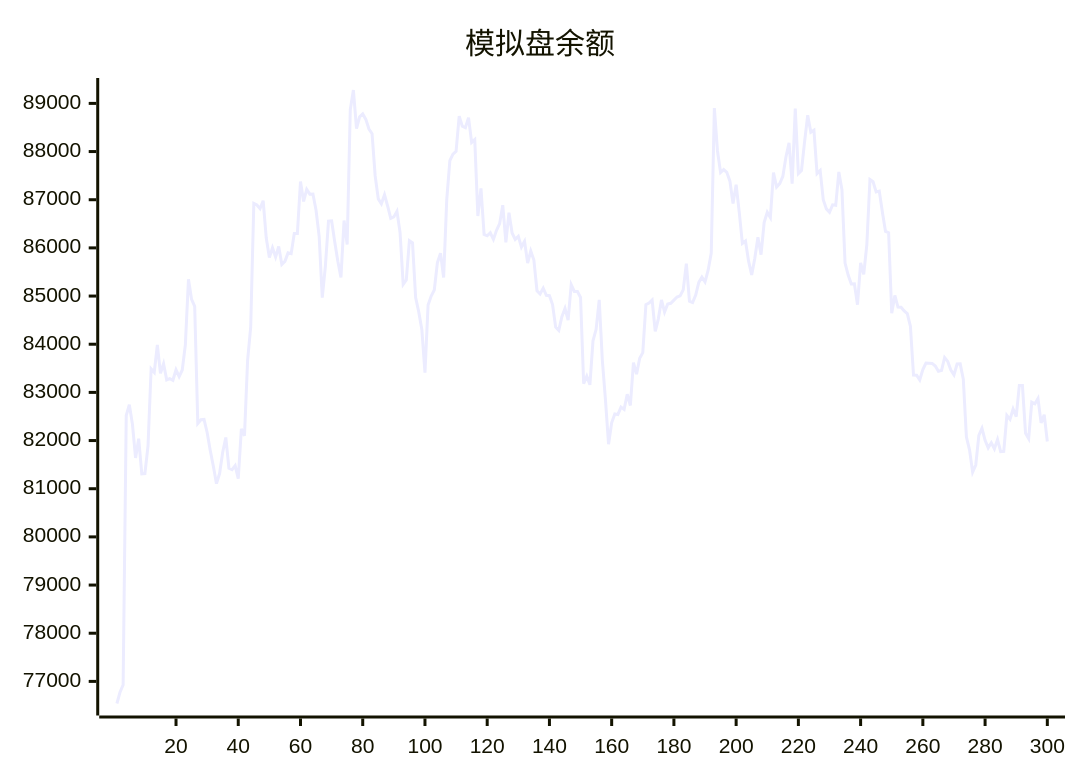
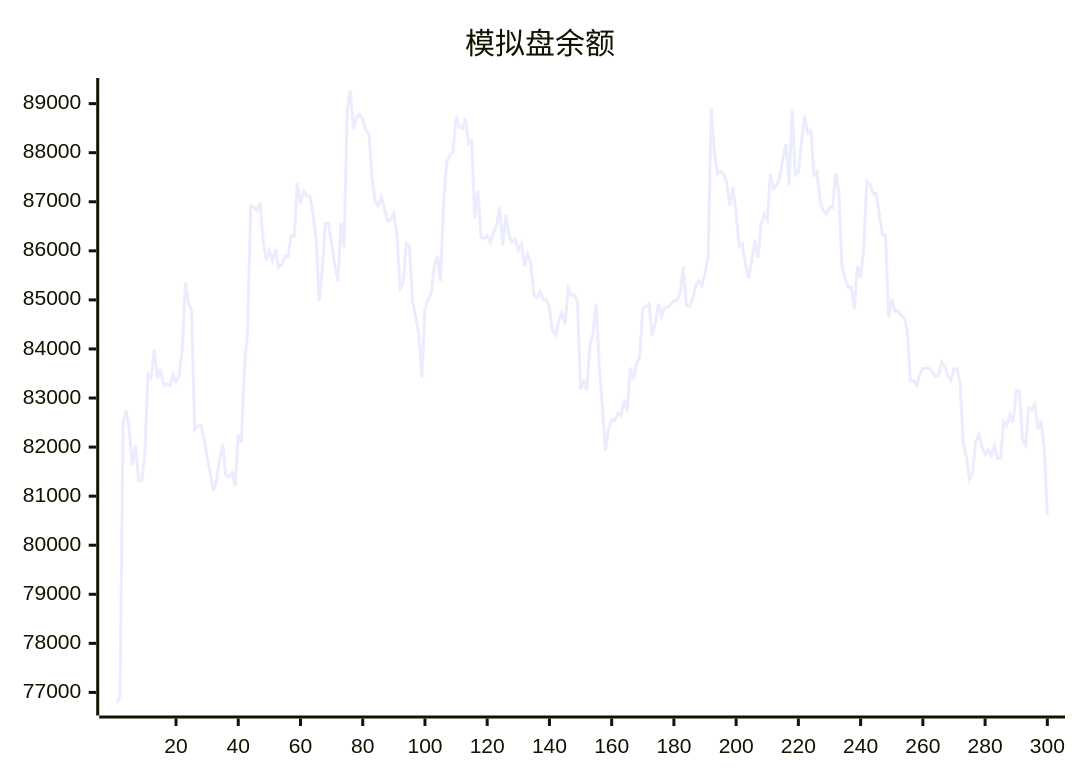
Before and after one commit to aahl/ai-trading: the diagram in README.md, drawn with Mermaid. The commit also changed other lines of this file and 1 other file, not shown here.

````diff
--- a/README.md
+++ b/README.md
@@ -5,5 +5,5 @@
 ```mermaid
 xychart
     title "模拟盘余额"
-    line [76541,76774,76927,82520,82744,82337,81639,82040,81307,81314,81887,83490,83414,83984,83396,83594,83261,83287,83253,83470,83327,83465,83987,85348,84930,84786,82355,82433,82438,82167,81795,81466,81105,81315,81756,82064,81426,81398,81481,81210,82242,82099,83658,84359,86925,86892,86814,86980,86203,85802,86003,85811,86028,85657,85721,85896,85880,86300,86299,87378,86965,87214,87115,87118,86780,86238,84966,85623,86555,86562,86129,85722,85387,86569,86070,88870,89278,88477,88720,88781,88668,88467,88372,87493,87018,86917,87102,86870,86613,86644,86758,86317,85242,85334,86149,86106,84968,84671,84302,83410,84816,85001,85127,85693,85891,85384,87001,87811,87945,88007,88734,88528,88495,88705,88189,88248,86662,87234,86279,86251,86314,86177,86364,86503,86886,86114,86731,86310,86176,86240,86017,86136,85685,85938,85749,85111,85044,85164,85016,85008,84824,84354,84287,84572,84745,84500,85234,85096,85095,84970,83180,83338,83157,84070,84309,84922,83667,82850,81924,82369,82552,82539,82695,82648,82962,82728,83619,83378,83710,83825,84819,84854,84917,84265,84527,84919,84668,84834,84850,84916,84981,85004,85131,85674,84891,84864,85019,85284,85393,85294,85538,85894,88904,88012,87567,87625,87568,87386,86920,87313,86737,86094,86143,85725,85437,85787,86219,85859,86526,86740,86630,87563,87264,87335,87483,87886,88180,87335,88894,87544,87608,88207,88755,88401,88444,87543,87608,87000,86810,86740,86894,86884,87576,87209,85686,85435,85251,85255,84820,85689,85453,86066,87420,87373,87161,87178,86740,86341,86315,84643,85012,84772,84768,84690,84635,84376,83360,83357,83259,83474,83608,83606,83602,83548,83440,83454,83724,83644,83464,83365,83590,83592,83275,82072,81806,81344,81492,82109,82254,82006,81848,81955,81829,82022,81769,81776,82522,82441,82656,82498,83144,83144,82150,82038,82797,82763,82872,82367,82536,81981]
+    line [76774,76927,82520,82744,82337,81639,82040,81307,81314,81887,83490,83414,83984,83396,83594,83261,83287,83253,83470,83327,83465,83987,85348,84930,84786,82355,82433,82438,82167,81795,81466,81105,81315,81756,82064,81426,81398,81481,81210,82242,82099,83658,84359,86925,86892,86814,86980,86203,85802,86003,85811,86028,85657,85721,85896,85880,86300,86299,87378,86965,87214,87115,87118,86780,86238,84966,85623,86555,86562,86129,85722,85387,86569,86070,88870,89278,88477,88720,88781,88668,88467,88372,87493,87018,86917,87102,86870,86613,86644,86758,86317,85242,85334,86149,86106,84968,84671,84302,83410,84816,85001,85127,85693,85891,85384,87001,87811,87945,88007,88734,88528,88495,88705,88189,88248,86662,87234,86279,86251,86314,86177,86364,86503,86886,86114,86731,86310,86176,86240,86017,86136,85685,85938,85749,85111,85044,85164,85016,85008,84824,84354,84287,84572,84745,84500,85234,85096,85095,84970,83180,83338,83157,84070,84309,84922,83667,82850,81924,82369,82552,82539,82695,82648,82962,82728,83619,83378,83710,83825,84819,84854,84917,84265,84527,84919,84668,84834,84850,84916,84981,85004,85131,85674,84891,84864,85019,85284,85393,85294,85538,85894,88904,88012,87567,87625,87568,87386,86920,87313,86737,86094,86143,85725,85437,85787,86219,85859,86526,86740,86630,87563,87264,87335,87483,87886,88180,87335,88894,87544,87608,88207,88755,88401,88444,87543,87608,87000,86810,86740,86894,86884,87576,87209,85686,85435,85251,85255,84820,85689,85453,86066,87420,87373,87161,87178,86740,86341,86315,84643,85012,84772,84768,84690,84635,84376,83360,83357,83259,83474,83608,83606,83602,83548,83440,83454,83724,83644,83464,83365,83590,83592,83275,82072,81806,81344,81492,82109,82254,82006,81848,81955,81829,82022,81769,81776,82522,82441,82656,82498,83144,83144,82150,82038,82797,82763,82872,82367,82536,81981,80612]
 ```
````
